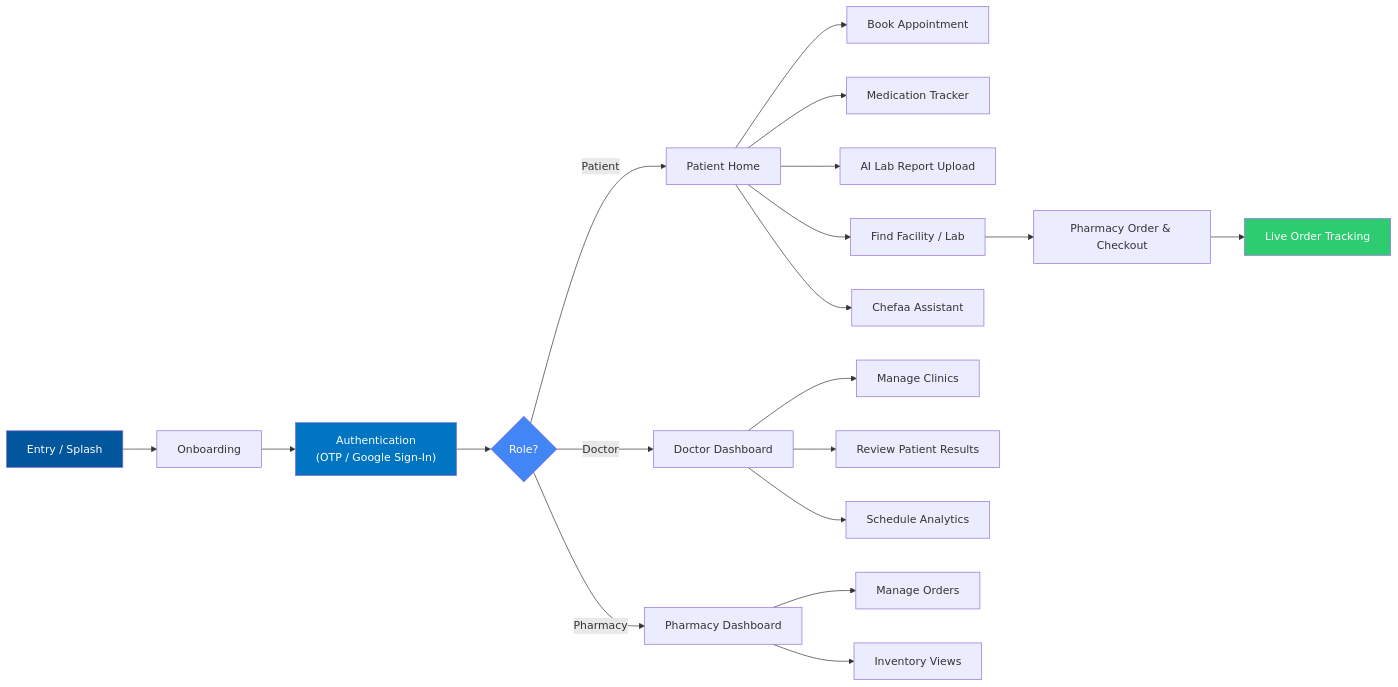
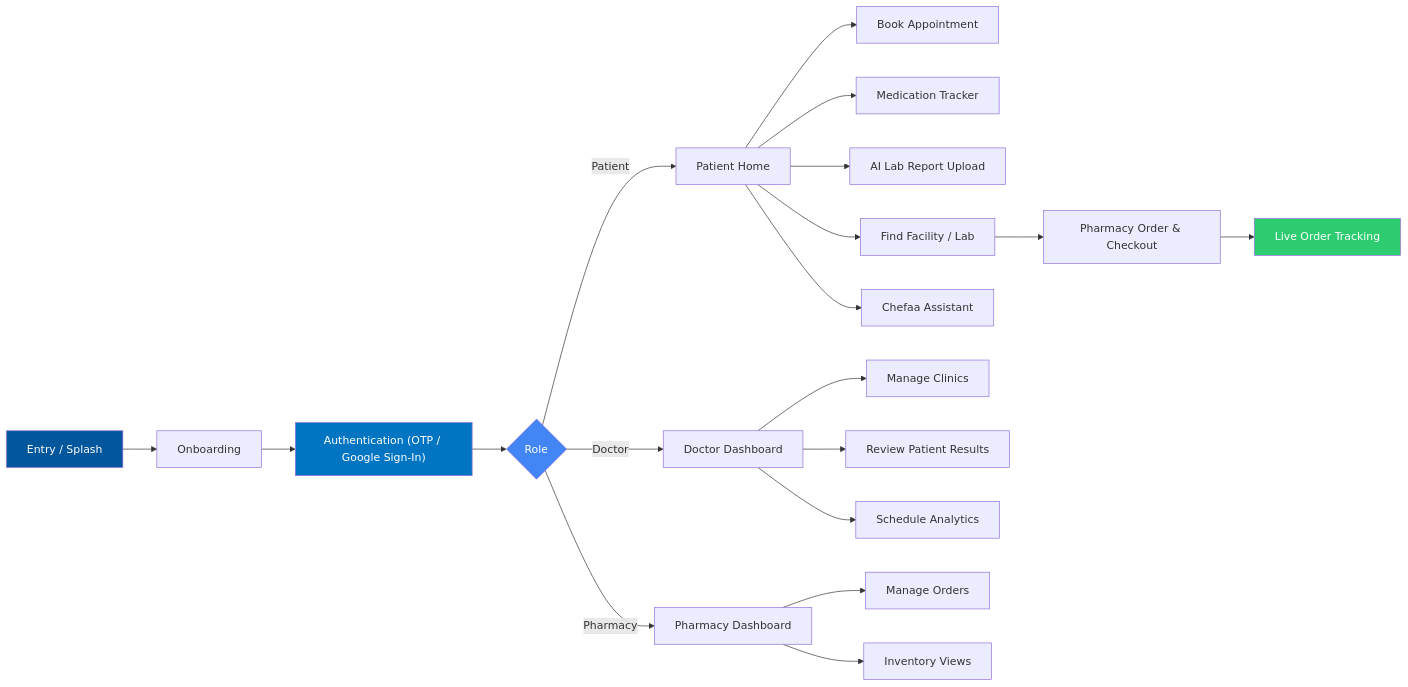
One commit to Emo2003/chefaa changed the second of 2 diagrams in README.md. Above: the diagram before and after it, drawn with Mermaid. The commit also changed other lines of this file, not shown here.

````diff
--- a/README.md
+++ b/README.md
@@ -221,29 +210,29 @@
 ```mermaid
 flowchart LR
-    A[" Entry / Splash"] --> B[" Onboarding"]
-    B --> C[" Authentication<br/>(OTP / Google Sign-In)"]
-    C --> D{Role?}
-    D -->|Patient| P[" Patient Home"]
-    D -->|Doctor| Doc[" Doctor Dashboard"]
-    D -->|Pharmacy| Ph[" Pharmacy Dashboard"]
+    A["Entry / Splash"] --> B["Onboarding"]
+    B --> C["Authentication (OTP / Google Sign-In)"]
+    C --> D{Role}
+    D -->|Patient| P["Patient Home"]
+    D -->|Doctor| Doc["Doctor Dashboard"]
+    D -->|Pharmacy| Ph["Pharmacy Dashboard"]
 
-    P --> P1[" Book Appointment"]
-    P --> P2[" Medication Tracker"]
-    P --> P3[" AI Lab Report Upload"]
-    P --> P4[" Find Facility / Lab"]
-    P --> P5[" Chefaa Assistant"]
-    P4 --> Order[" Pharmacy Order & Checkout"]
-    Order --> Track[" Live Order Tracking"]
+    P --> P1["Book Appointment"]
+    P --> P2["Medication Tracker"]
+    P --> P3["AI Lab Report Upload"]
+    P --> P4["Find Facility / Lab"]
+    P --> P5["Chefaa Assistant"]
+    P4 --> Order["Pharmacy Order & Checkout"]
+    Order --> Track["Live Order Tracking"]
 
-    Doc --> Doc1[" Manage Clinics"]
-    Doc --> Doc2[" Review Patient Results"]
-    Doc --> Doc3[" Schedule Analytics"]
+    Doc --> Doc1["Manage Clinics"]
+    Doc --> Doc2["Review Patient Results"]
+    Doc --> Doc3["Schedule Analytics"]
 
-    Ph --> Ph1[" Manage Orders"]
-    Ph --> Ph2[" Inventory Views"]
+    Ph --> Ph1["Manage Orders"]
+    Ph --> Ph2["Inventory Views"]
 
     style A fill:#02569B,color:#fff
     style C fill:#0175C2,color:#fff
     style D fill:#4285F4,color:#fff
     style Track fill:#2ecc71,color:#fff
 ```
````
